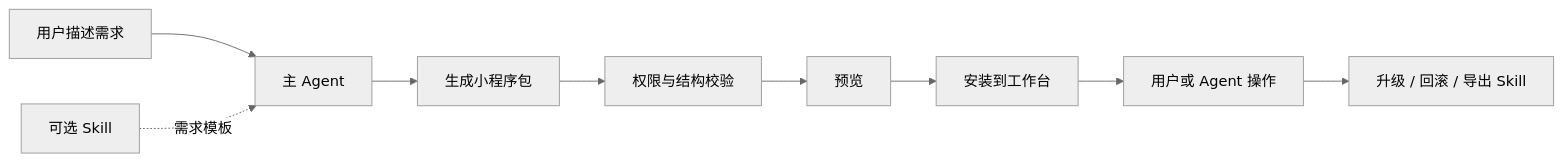
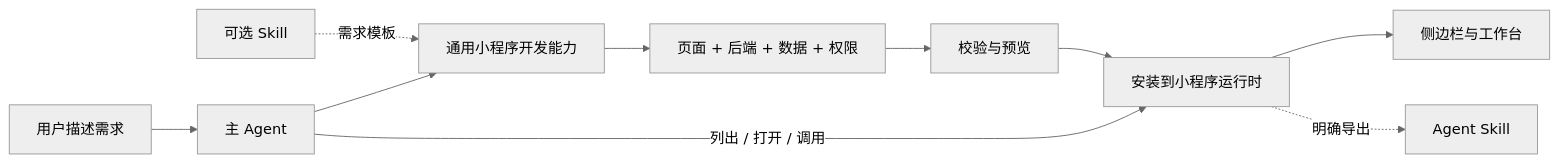
Before and after one commit to vibeinging/pi-desktop: the diagram in README.md, drawn with Mermaid (neutral theme). The commit also changed other lines of this file and 1 other file, not shown here.

````diff
--- a/README.md
+++ b/README.md
@@ -30,11 +54,12 @@
 ```mermaid
 flowchart LR
     USER["用户描述需求"] --> AGENT["主 Agent"]
-    SKILL["可选 Skill"] -. "需求模板" .-> AGENT
-    AGENT --> BUILD["生成小程序包"]
-    BUILD --> CHECK["权限与结构校验"]
-    CHECK --> PREVIEW["预览"]
-    PREVIEW --> INSTALL["安装到工作台"]
-    INSTALL --> OPERATE["用户或 Agent 操作"]
-    OPERATE --> EVOLVE["升级 / 回滚 / 导出 Skill"]
+    SKILL["可选 Skill"] -. "需求模板" .-> BUILDER["通用小程序开发能力"]
+    AGENT --> BUILDER
+    BUILDER --> PACKAGE["页面 + 后端 + 数据 + 权限"]
+    PACKAGE --> CHECK["校验与预览"]
+    CHECK --> RUNTIME["安装到小程序运行时"]
+    RUNTIME --> WORKBENCH["侧边栏与工作台"]
+    AGENT -->|"列出 / 打开 / 调用"| RUNTIME
+    RUNTIME -. "明确导出" .-> EXPORTED["Agent Skill"]
 ```
````
